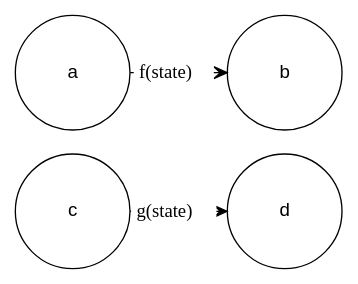
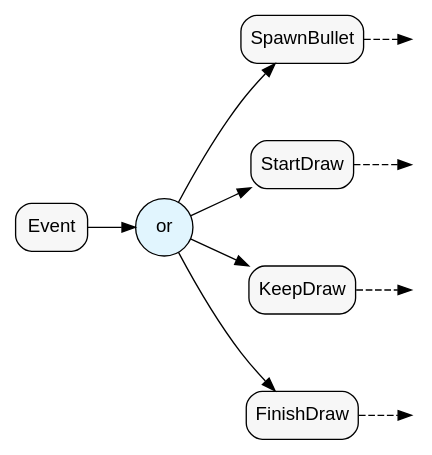
The fourth of 5 diagrams in posts/Games-as-Graphs.org (Pancakey8/blog), drawn with Graphviz before and after one commit. The commit also changed other lines of this file, not shown here.

```diff
--- a/posts/Games-as-Graphs.org
+++ b/posts/Games-as-Graphs.org
@@ -269,33 +302,26 @@
-#+begin_src dot :file games-as-graphs-arrow-parallel.svg :exports results
+#+BEGIN_SRC dot :file games-as-graphs-fanout.svg :exports results
   digraph G {
-  	rankdir=LR;
-  	node [shape=circle, fontname="sans-serif", fixedsize=true, width=1.2];
-  	edge [arrowhead=vee, minlen=2];
+      rankdir=LR;
+      fontname="Arial";
+      nodesep=0.8;
 
-  	c; d; a; b;
-  	
-  	a -> b [
-  		labeldistance=4,
-  		labelangle=0,
-  		headlabel=<
-  			<table bgcolor="white" border="0">
-  			       <tr>
-  					<td>f(state)</td>
-  			       </tr>
-  			</table>
-  		>
-  	]
+      node [shape=circle, style="rounded,filled", width=0.6, fixedsize=true, fillcolor="#e1f5fe", fontname="Arial"];
+      or [label="or"];
 
-  	c -> d [
-  		labeldistance=4,
-  		labelangle=0,
-  		headlabel=<
-  			<table bgcolor="white" border="0">
-  			       <tr>
-  					<td>g(state)</td>
-  			       </tr>
-  			</table>
-  		>
-  	]
+      node [shape=box, fillcolor="#f7f7f7", width=default, fixedsize=false];
+      Event -> or;
+      or -> SpawnBullet;
+      SpawnBullet -> End1 [style=dashed];
+      or -> StartDraw;
+      StartDraw -> End2 [style=dashed];
+      or -> KeepDraw;
+      KeepDraw -> End3 [style=dashed];
+      or -> FinishDraw;
+      FinishDraw -> End4 [style=dashed];
+
+      End1 [shape=point, style=invis];
+      End2 [shape=point, style=invis];
+      End3 [shape=point, style=invis];
+      End4 [shape=point, style=invis];
   }
-#+end_src
+#+END_SRC
```
